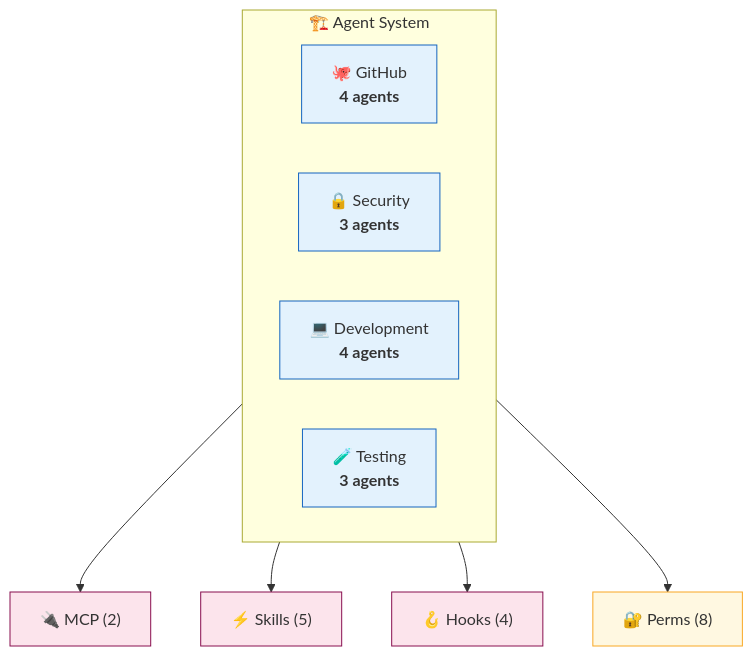
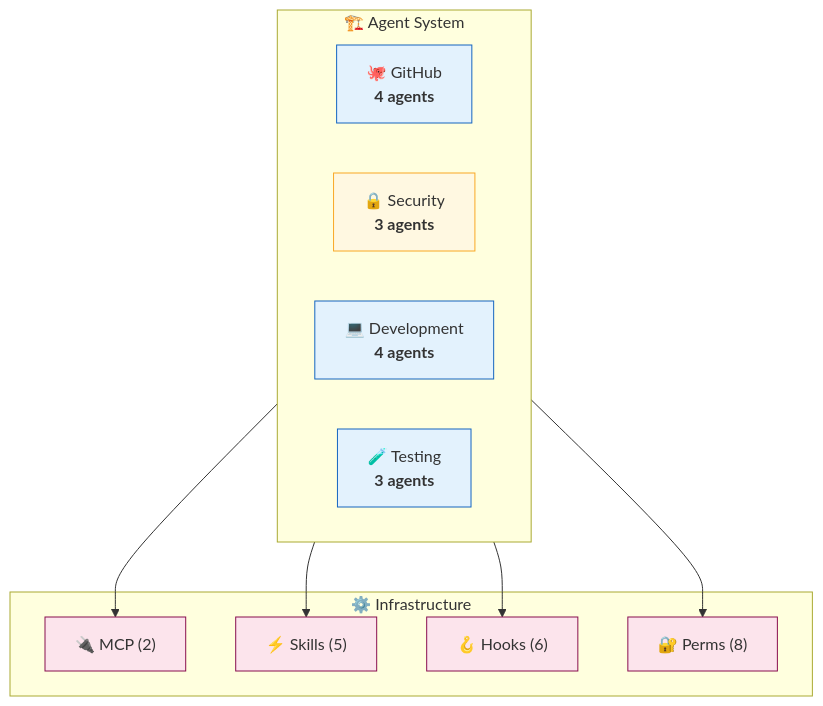
Before and after one commit to vipasane/agentscope: the first of 2 diagrams in examples/README-example.md, drawn with Mermaid. The commit also changed other lines of this file and 10 other files, not shown here.

````diff
--- a/examples/README-example.md
+++ b/examples/README-example.md
@@ -23,26 +23,28 @@
 ```mermaid
 graph TB
     subgraph System["🏗️ Agent System"]
         github["🐙 GitHub<br/><b>4 agents</b>"]
         security["🔒 Security<br/><b>3 agents</b>"]
         dev["💻 Development<br/><b>4 agents</b>"]
         testing["🧪 Testing<br/><b>3 agents</b>"]
     end
 
-    mcp["🔌 MCP (2)"]
-    skills["⚡ Skills (5)"]
-    hooks["🪝 Hooks (4)"]
-    perms["🔐 Perms (8)"]
+    subgraph Infrastructure["⚙️ Infrastructure"]
+        mcp["🔌 MCP (2)"]
+        skills["⚡ Skills (5)"]
+        hooks["🪝 Hooks (6)"]
+        perms["🔐 Perms (8)"]
+    end
 
     System --> mcp
     System --> skills
     System --> hooks
     System --> perms
 
     classDef category fill:#e3f2fd,stroke:#1565c0
-    classDef external fill:#fce4ec,stroke:#880e4f
+    classDef infra fill:#fce4ec,stroke:#880e4f
     classDef security fill:#fff8e1,stroke:#f9a825
-    class github,security,dev,testing category
-    class mcp,skills,hooks external
-    class perms security
+    class github,dev,testing category
+    class security security
+    class mcp,skills,hooks,perms infra
 ```
````
